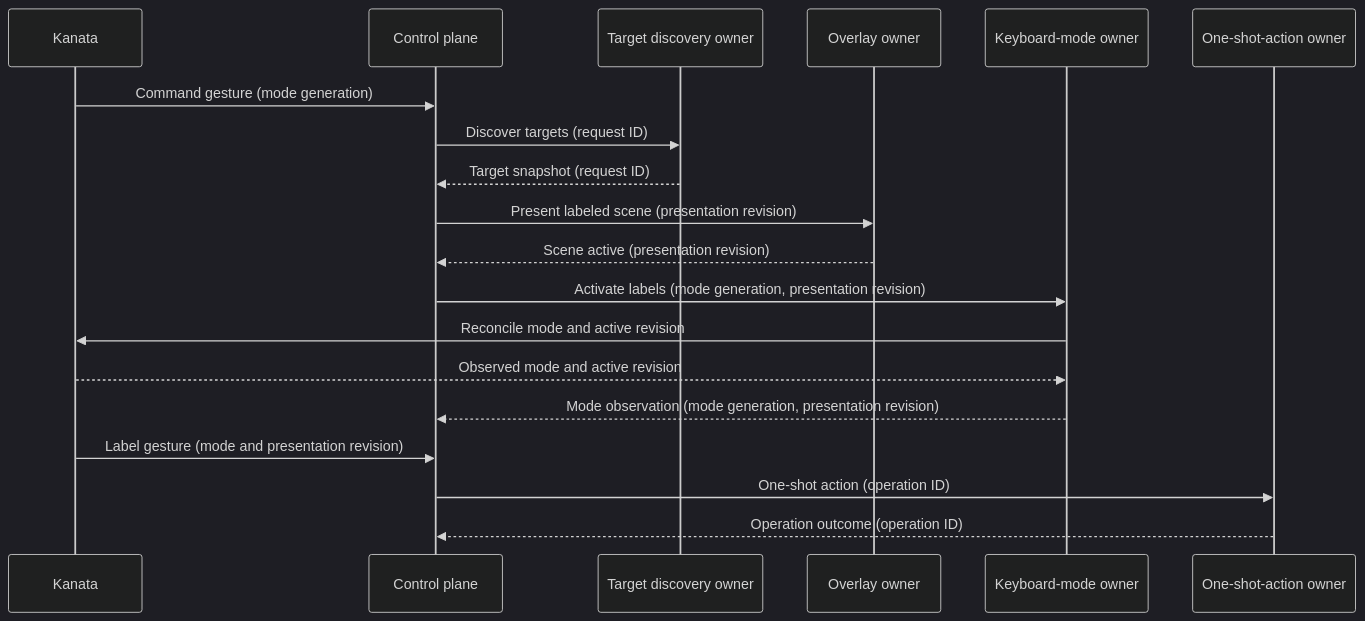
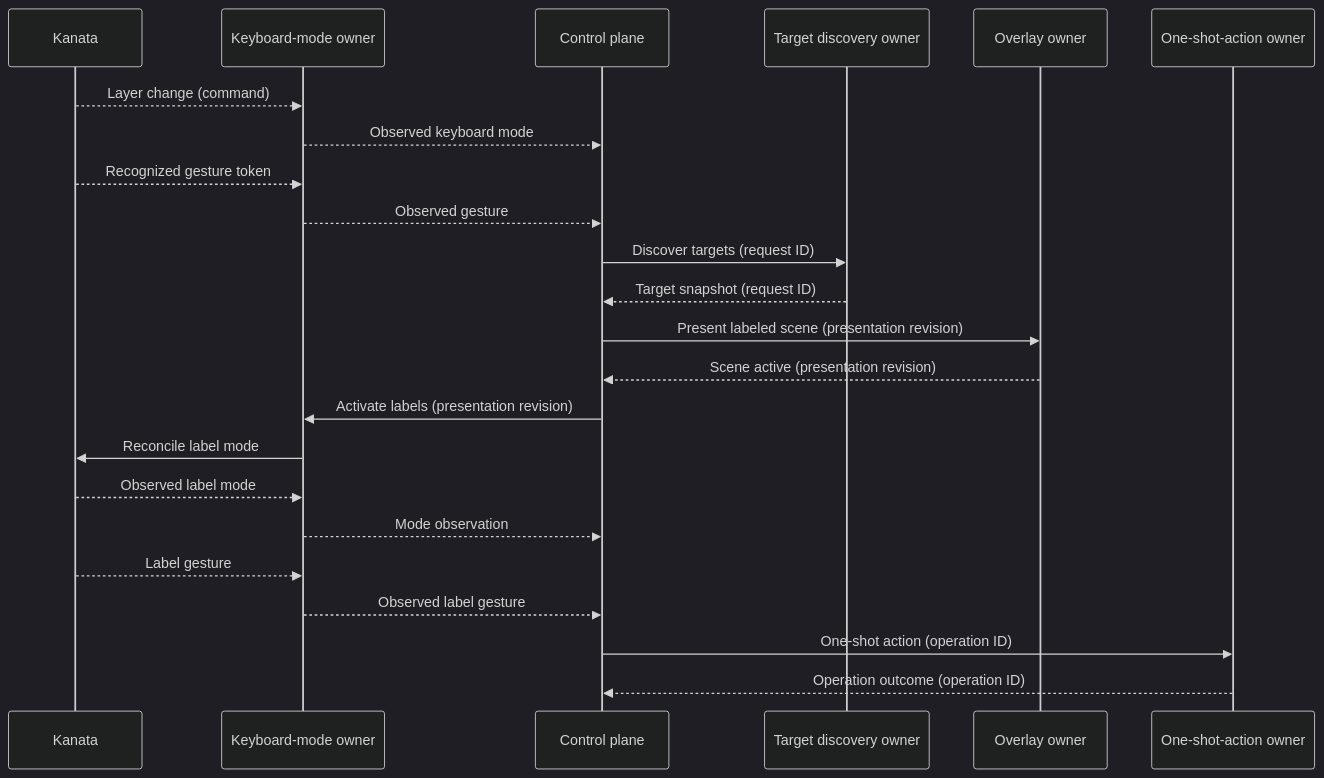
The diagram in ARCHITECTURE.md (MattKotsenas/desknav), drawn with Mermaid (dark theme) before and after one commit. The commit also changed other lines of this file and 17 other files, not shown here.

````diff
--- a/ARCHITECTURE.md
+++ b/ARCHITECTURE.md
@@ -154,22 +154,26 @@
 ```mermaid
 sequenceDiagram
     participant K as Kanata
+    participant M as Keyboard-mode owner
     participant C as Control plane
     participant D as Target discovery owner
     participant O as Overlay owner
-    participant M as Keyboard-mode owner
     participant A as One-shot-action owner
 
-    K->>C: Command gesture (mode generation)
+    K-->>M: Layer change (command)
+    M-->>C: Observed keyboard mode
+    K-->>M: Recognized gesture token
+    M-->>C: Observed gesture
     C->>D: Discover targets (request ID)
     D-->>C: Target snapshot (request ID)
     C->>O: Present labeled scene (presentation revision)
     O-->>C: Scene active (presentation revision)
-    C->>M: Activate labels (mode generation, presentation revision)
-    M->>K: Reconcile mode and active revision
-    K-->>M: Observed mode and active revision
-    M-->>C: Mode observation (mode generation, presentation revision)
-    K->>C: Label gesture (mode and presentation revision)
+    C->>M: Activate labels (presentation revision)
+    M->>K: Reconcile label mode
+    K-->>M: Observed label mode
+    M-->>C: Mode observation
+    K-->>M: Label gesture
+    M-->>C: Observed label gesture
     C->>A: One-shot action (operation ID)
     A-->>C: Operation outcome (operation ID)
 ```
````
